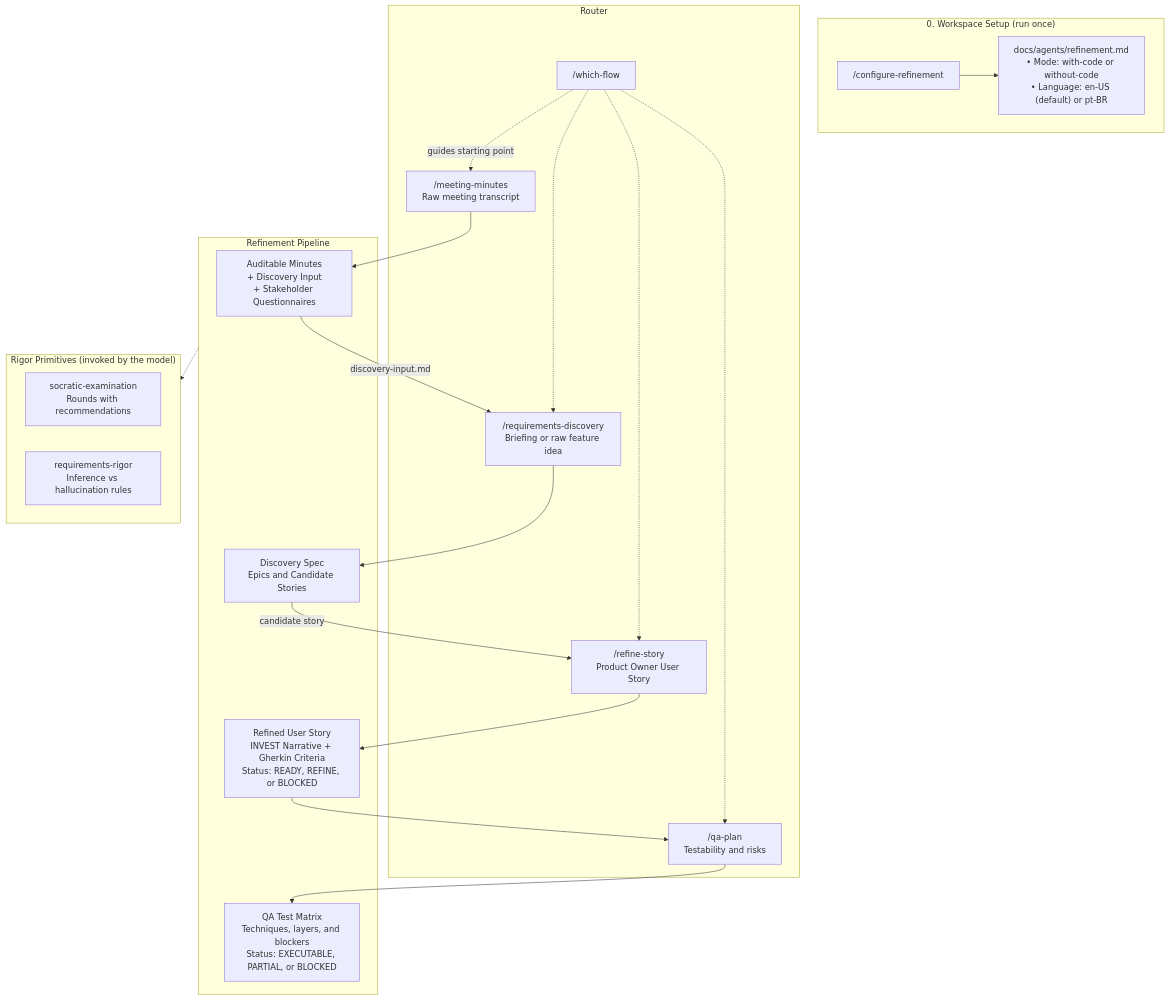
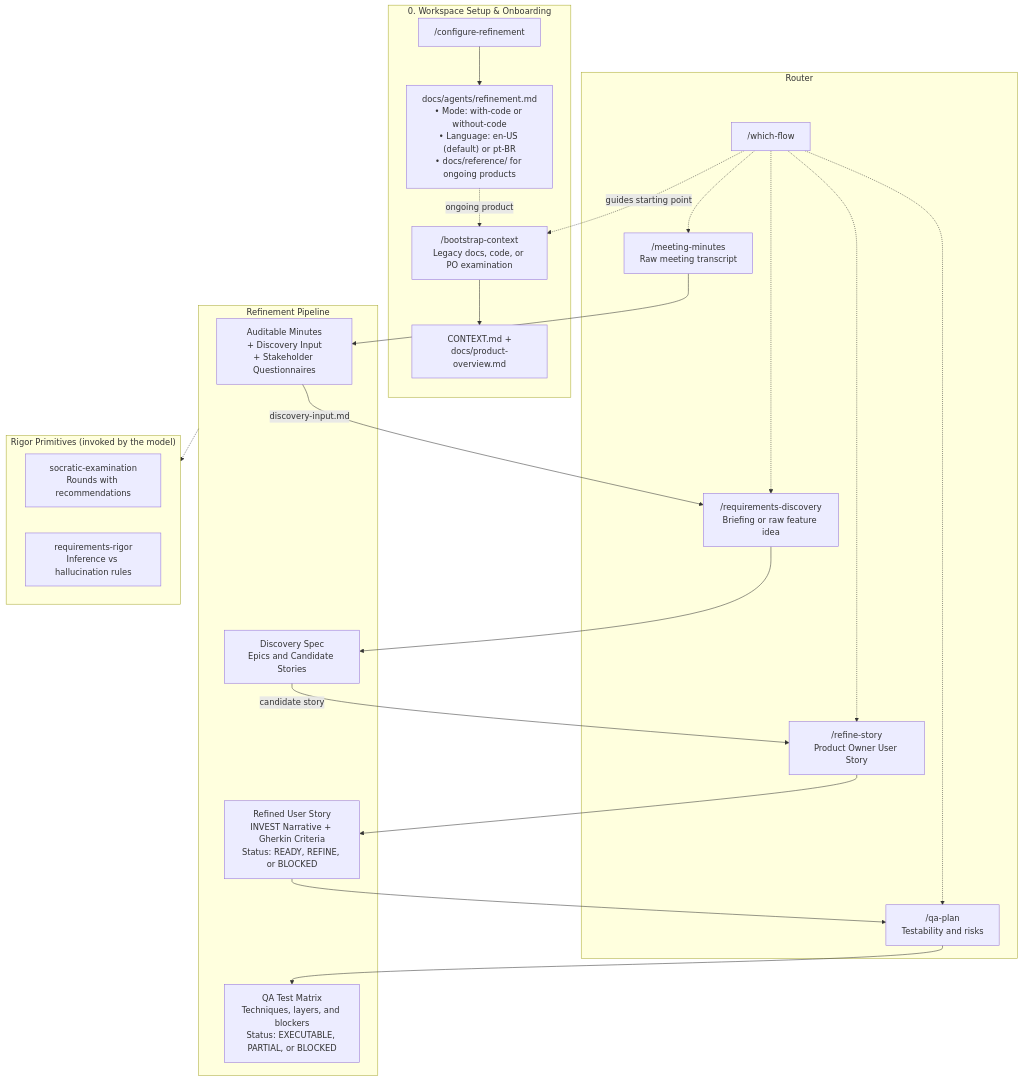
The diagram in README.md (RafaelFerSilva/refinement-agent-skills), drawn with Mermaid before and after one commit. The commit also changed other lines of this file and 37 other files, not shown here.

Commit message:
feat: add /bootstrap-context workflow, getting-started guides, and chat memory handoff

````diff
--- a/README.md
+++ b/README.md
@@ -17,30 +19,33 @@
 ```mermaid
 flowchart TD
-    subgraph Setup["0. Workspace Setup (run once)"]
-        CFG["/configure-refinement"] --> CFG_OUT["docs/agents/refinement.md<br/>• Mode: with-code or without-code<br/>• Language: en-US (default) or pt-BR"]
+    subgraph Setup["0. Workspace Setup & Onboarding"]
+        CFG["/configure-refinement"] --> CFG_OUT["docs/agents/refinement.md<br/>• Mode: with-code or without-code<br/>• Language: en-US (default) or pt-BR<br/>• docs/reference/ for ongoing products"]
+        CFG_OUT -.->|"ongoing product"| BOOT["/bootstrap-context<br/>Legacy docs, code, or PO examination"]
+        BOOT --> BOOT_OUT["CONTEXT.md +<br/>docs/product-overview.md"]
     end
 
     subgraph Router["Router"]
-        QF["/which-flow"] -.->|"guides starting point"| ATA
+        QF["/which-flow"] -.->|"guides starting point"| BOOT
+        QF -.-> ATA
         QF -.-> DISC
         QF -.-> REF
         QF -.-> QA
     end
 
     subgraph Pipeline["Refinement Pipeline"]
         ATA["/meeting-minutes<br/>Raw meeting transcript"] --> ATA_OUT["Auditable Minutes<br/>+ Discovery Input<br/>+ Stakeholder Questionnaires"]
         ATA_OUT -->|"discovery-input.md"| DISC["/requirements-discovery<br/>Briefing or raw feature idea"]
         DISC --> DISC_OUT["Discovery Spec<br/>Epics and Candidate Stories"]
         DISC_OUT -->|"candidate story"| REF["/refine-story<br/>Product Owner User Story"]
         REF --> REF_OUT["Refined User Story<br/>INVEST Narrative + Gherkin Criteria<br/>Status: READY, REFINE, or BLOCKED"]
         REF_OUT --> QA["/qa-plan<br/>Testability and risks"]
         QA --> QA_OUT["QA Test Matrix<br/>Techniques, layers, and blockers<br/>Status: EXECUTABLE, PARTIAL, or BLOCKED"]
     end
 
     subgraph Core["Rigor Primitives (invoked by the model)"]
         SAB["socratic-examination<br/>Rounds with recommendations"]
         RIG["requirements-rigor<br/>Inference vs hallucination rules"]
     end
 
     Pipeline -.-> Core
 ```
````
